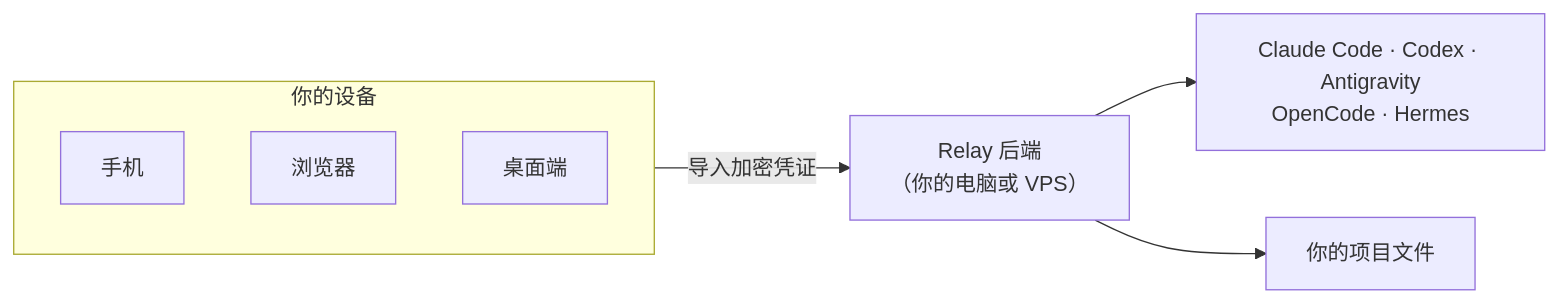
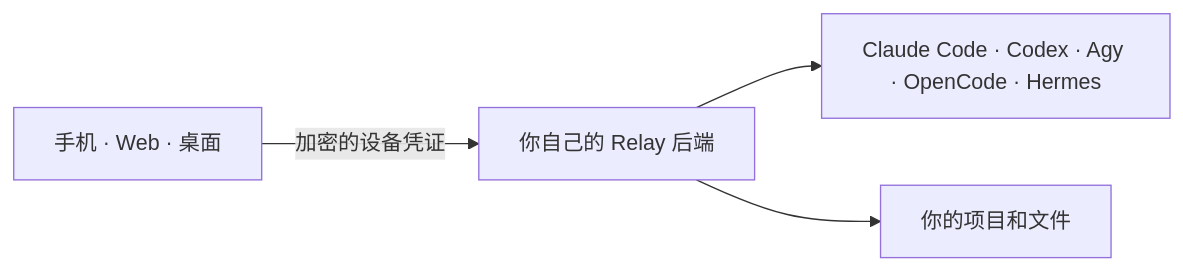
One commit to elin66alpha/Relay changed the diagram in README.zh-CN.md. Above: the diagram before and after it, drawn with Mermaid. The commit also changed other lines of this file and 44 other files, not shown here.

````diff
--- a/README.zh-CN.md
+++ b/README.zh-CN.md
@@ -19,12 +19,6 @@
 ```mermaid
 flowchart LR
-    subgraph You["你的设备"]
-        direction TB
-        P["手机"]
-        W["浏览器"]
-        D["桌面端"]
-    end
-    You -->|"导入加密凭证"| B["Relay 后端<br/>（你的电脑或 VPS）"]
-    B --> AG["Claude Code · Codex · Antigravity<br/>OpenCode · Hermes"]
-    B --> FS["你的项目文件"]
+    C["手机 · Web · 桌面"] -->|"加密的设备凭证"| B["你自己的 Relay 后端"]
+    B --> A["Claude Code · Codex · Agy · OpenCode · Hermes"]
+    B --> F["你的项目和文件"]
 ```
````
